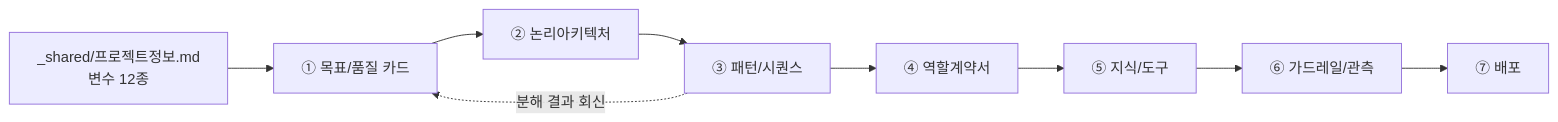
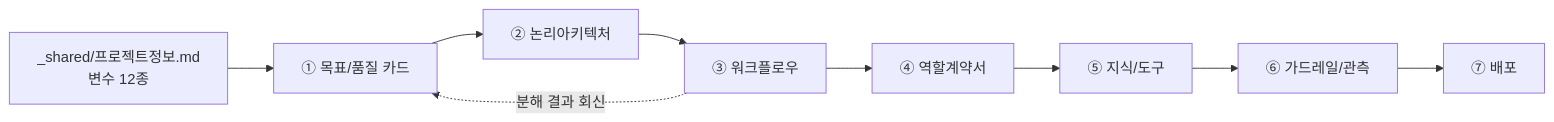
Before and after one commit to unicorn-campus/unicorn-skills: the diagram in design-architecture/prompts/README.md, drawn with Mermaid. The commit also changed other lines of this file and 26 other files, not shown here.

First line of the commit message:
Rename design document ③ from 패턴/시퀀스 to 워크플로우

````diff
--- a/design-architecture/prompts/README.md
+++ b/design-architecture/prompts/README.md
@@ -68,11 +68,11 @@
 ```mermaid
 flowchart LR
   P["_shared/프로젝트정보.md<br/>변수 12종"] --> C1
   C1["① 목표/품질 카드"] --> C2["② 논리아키텍처"]
-  C2 --> C3["③ 패턴/시퀀스"]
+  C2 --> C3["③ 워크플로우"]
   C3 --> C4["④ 역할계약서"]
   C4 --> C5["⑤ 지식/도구"]
   C5 --> C6["⑥ 가드레일/관측"]
   C6 --> C7["⑦ 배포"]
   C3 -.->|"분해 결과 회신"| C1
 ```
````
